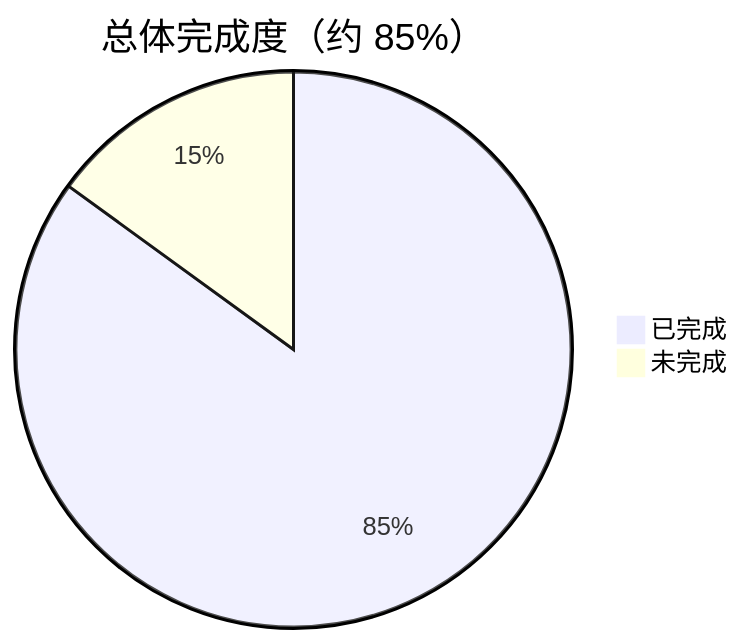
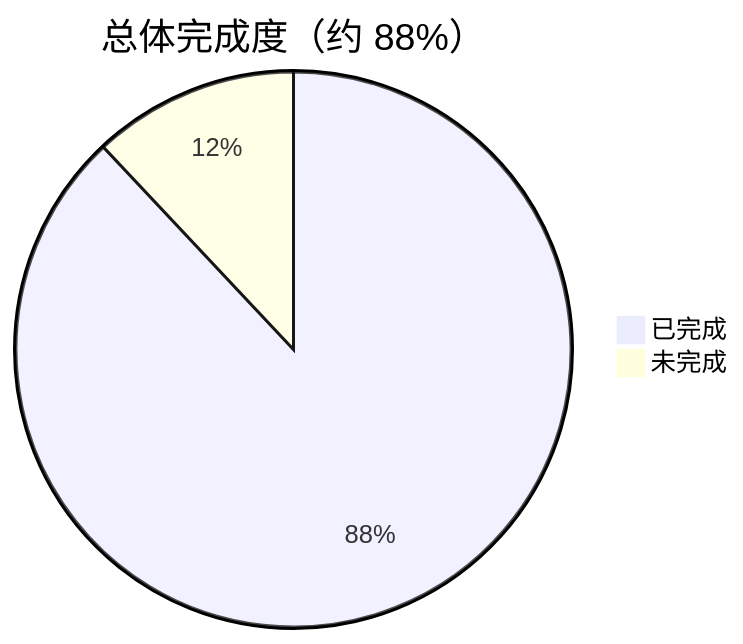
Before and after one commit to LingByte/LingVoice: the sixth of 7 diagrams in docs/11-current-flow-and-status.md, drawn with Mermaid. The commit also changed other lines of this file and 4 other files, not shown here.

````diff
--- a/docs/11-current-flow-and-status.md
+++ b/docs/11-current-flow-and-status.md
@@ -205,5 +305,5 @@
 ```mermaid
-pie title 总体完成度（约 85%）
-    "已完成" : 85
-    "未完成" : 15
+pie title 总体完成度（约 88%）
+    "已完成" : 88
+    "未完成" : 12
 ```
````
